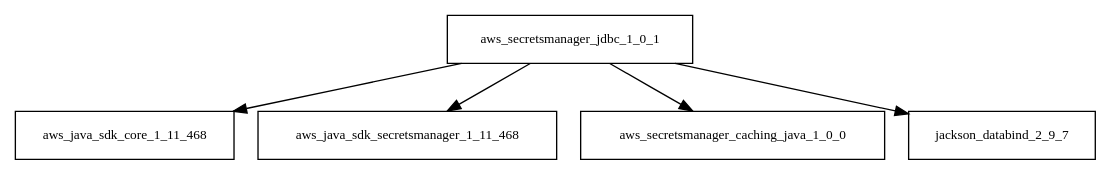
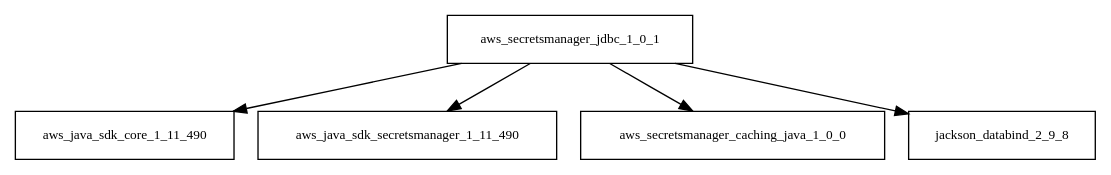
One commit to Hack23/cia changed the diagram in tattleTaleReport/graphviz/aws-secretsmanager-jdbc-1.0.1.jar/aws-secretsmanager-jdbc-1.0.1.jar.dot. Above: the diagram before and after it, drawn with Graphviz. The commit also changed 4761 other files, not shown here.

```diff
--- a/tattleTaleReport/graphviz/aws-secretsmanager-jdbc-1.0.1.jar/aws-secretsmanager-jdbc-1.0.1.jar.dot
+++ b/tattleTaleReport/graphviz/aws-secretsmanager-jdbc-1.0.1.jar/aws-secretsmanager-jdbc-1.0.1.jar.dot
@@ -1,7 +1,7 @@
 digraph aws_secretsmanager_jdbc_1_0_1_dependencies {
   node [shape = box, fontsize=10.0];
-  aws_secretsmanager_jdbc_1_0_1 -> aws_java_sdk_core_1_11_468;
-  aws_secretsmanager_jdbc_1_0_1 -> aws_java_sdk_secretsmanager_1_11_468;
+  aws_secretsmanager_jdbc_1_0_1 -> aws_java_sdk_core_1_11_490;
+  aws_secretsmanager_jdbc_1_0_1 -> aws_java_sdk_secretsmanager_1_11_490;
   aws_secretsmanager_jdbc_1_0_1 -> aws_secretsmanager_caching_java_1_0_0;
-  aws_secretsmanager_jdbc_1_0_1 -> jackson_databind_2_9_7;
+  aws_secretsmanager_jdbc_1_0_1 -> jackson_databind_2_9_8;
 }
```
